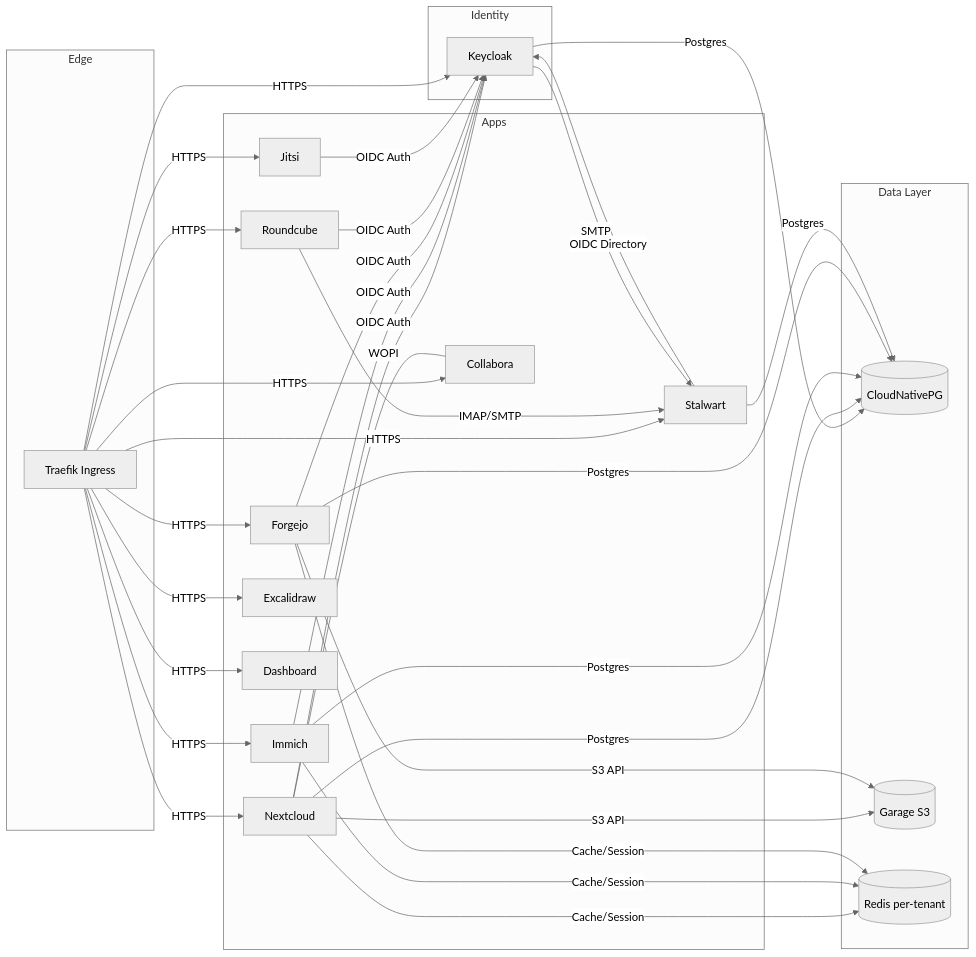
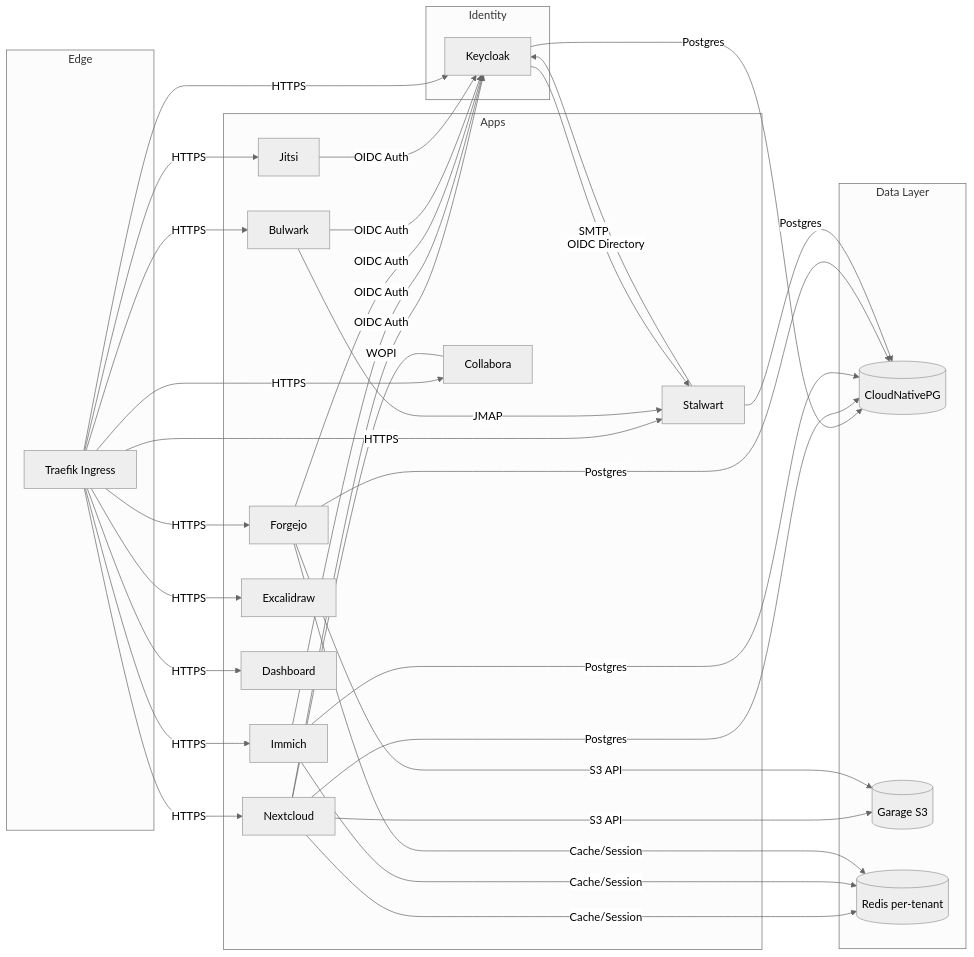
One commit to stephan271/smallworlds changed the second of 2 diagrams in smallworlds_architecture.md. Above: the diagram before and after it, drawn with Mermaid (neutral theme). The commit also changed other lines of this file and 9 other files, not shown here.

First line of the commit message:
docs: replace obsolete Roundcube references with Bulwark

````diff
--- a/smallworlds_architecture.md
+++ b/smallworlds_architecture.md
@@ -87,71 +87,71 @@
 ```mermaid
 flowchart LR
     subgraph Edge
         T[Traefik Ingress]
     end
 
     subgraph Identity
         KC[Keycloak]
     end
 
     subgraph Data Layer
         CNPG[(CloudNativePG)]
         S3[(Garage S3)]
         RD[(Redis per-tenant)]
     end
 
     subgraph Apps
         NC[Nextcloud]
         CO[Collabora]
         IM[Immich]
         GIT[Forgejo]
         MAIL[Stalwart]
-        RC[Roundcube]
+        BW[Bulwark]
         JI[Jitsi]
         EX[Excalidraw]
         DASH[Dashboard]
     end
 
     %% Ingress — every public host terminates TLS at Traefik
     T -->|HTTPS| KC
     T -->|HTTPS| NC
     T -->|HTTPS| CO
     T -->|HTTPS| IM
     T -->|HTTPS| GIT
     T -->|HTTPS| MAIL
-    T -->|HTTPS| RC
+    T -->|HTTPS| BW
     T -->|HTTPS| JI
     T -->|HTTPS| EX
     T -->|HTTPS| DASH
 
     %% Identity — apps that delegate login to Keycloak
     NC -->|OIDC Auth| KC
     IM -->|OIDC Auth| KC
     GIT -->|OIDC Auth| KC
-    RC -->|OIDC Auth| KC
+    BW -->|OIDC Auth| KC
     JI -->|OIDC Auth| KC
     MAIL -->|OIDC Directory| KC
 
     %% Databases — dedicated CNPG Postgres cluster per stateful app
     KC -->|Postgres| CNPG
     NC -->|Postgres| CNPG
     IM -->|Postgres| CNPG
     GIT -->|Postgres| CNPG
     MAIL -->|Postgres| CNPG
 
     %% Object storage — only Nextcloud and Forgejo use Garage as primary storage
     NC -->|S3 API| S3
     GIT -->|S3 API| S3
 
     %% Cache / sessions
     NC -->|Cache/Session| RD
     IM -->|Cache/Session| RD
     GIT -->|Cache/Session| RD
 
     %% Collaborative editing (WOPI)
     NC ---|WOPI| CO
 
     %% Mail
-    RC -->|IMAP/SMTP| MAIL
+    BW -->|JMAP| MAIL
     KC -->|SMTP| MAIL
 ```
````
